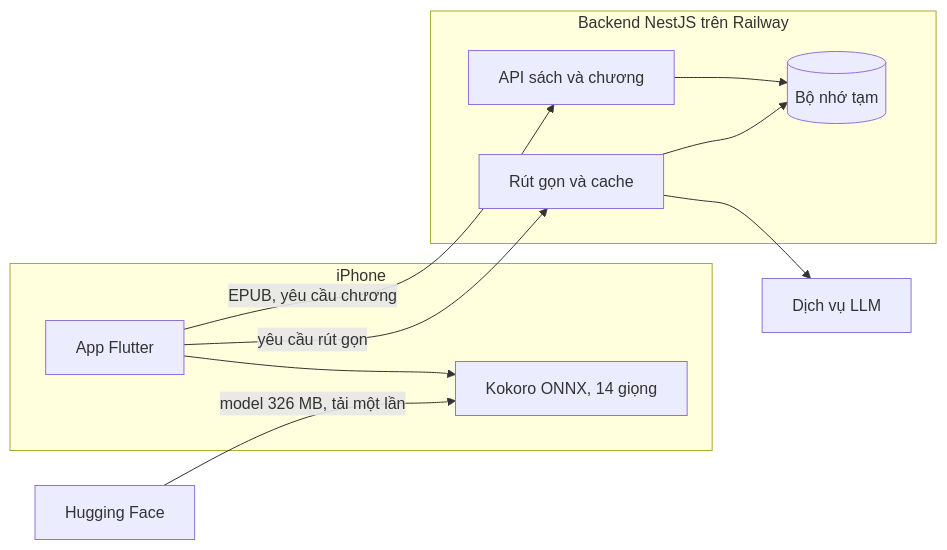
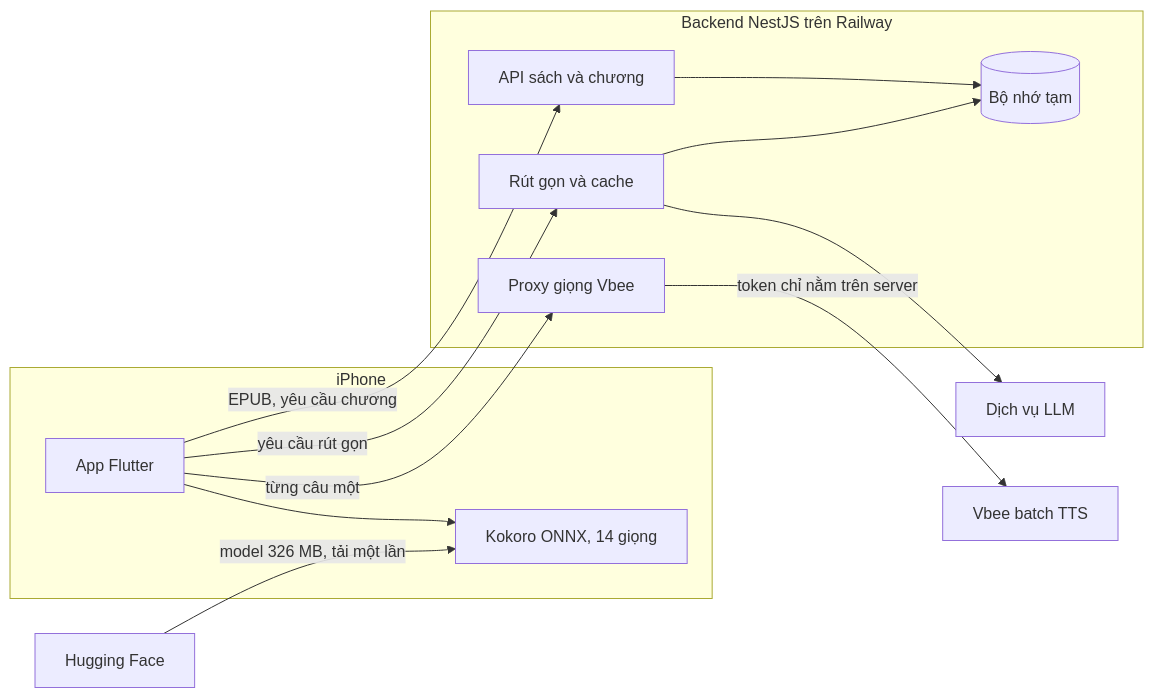
The second of 2 diagrams in README.vi.md (tinwritescode/ereader-ai), drawn with Mermaid before and after one commit. The commit also changed other lines of this file and 23 other files, not shown here.

````diff
--- a/README.vi.md
+++ b/README.vi.md
@@ -53,24 +57,28 @@
 ```mermaid
 flowchart LR
     subgraph phone["iPhone"]
         ui["App Flutter"]
         tts["Kokoro ONNX, 14 giọng"]
         ui --> tts
     end
 
     subgraph server["Backend NestJS trên Railway"]
         api["API sách và chương"]
         digest["Rút gọn và cache"]
+        speech["Proxy giọng Vbee"]
         memory[("Bộ nhớ tạm")]
         api --> memory
         digest --> memory
     end
 
     llm["Dịch vụ LLM"]
     hf["Hugging Face"]
+    vbee["Vbee batch TTS"]
 
     ui -- "EPUB, yêu cầu chương" --> api
     ui -- "yêu cầu rút gọn" --> digest
     digest --> llm
     hf -- "model 326 MB, tải một lần" --> tts
+    ui -- "từng câu một" --> speech
+    speech -- "token chỉ nằm trên server" --> vbee
 ```
````
